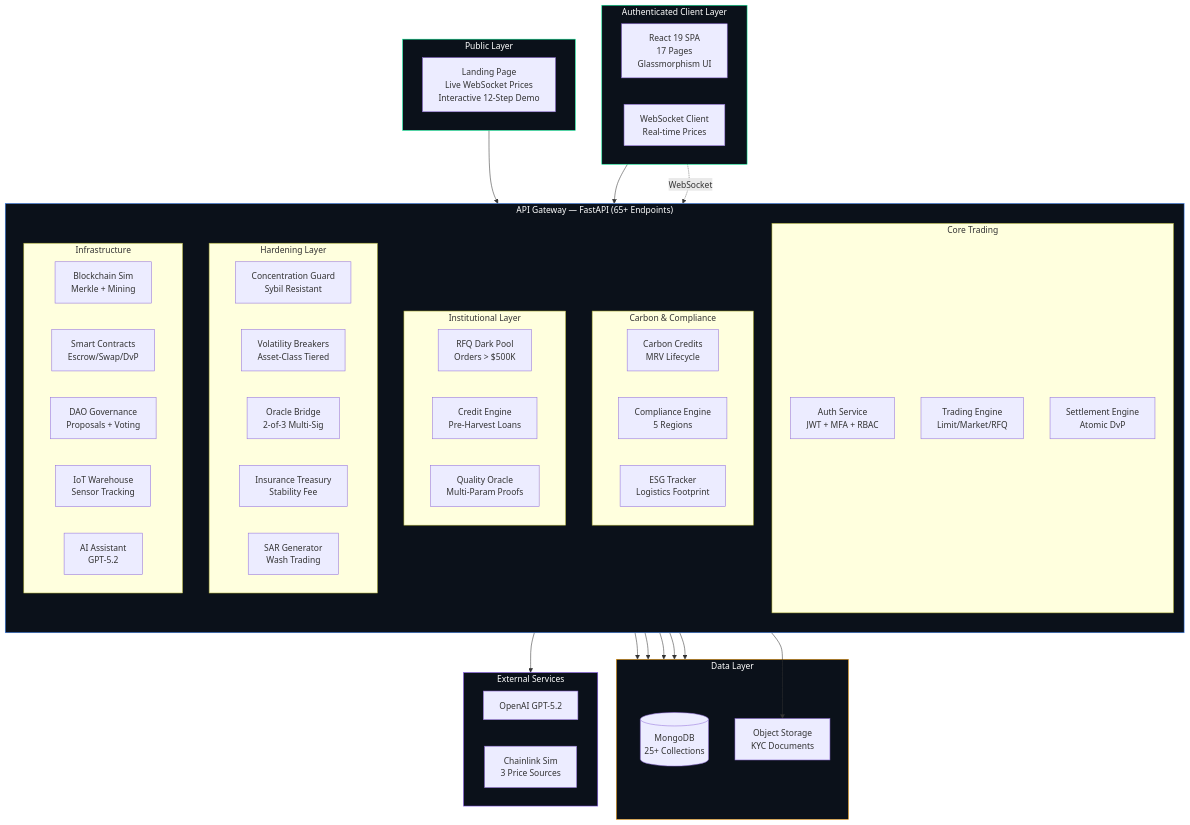
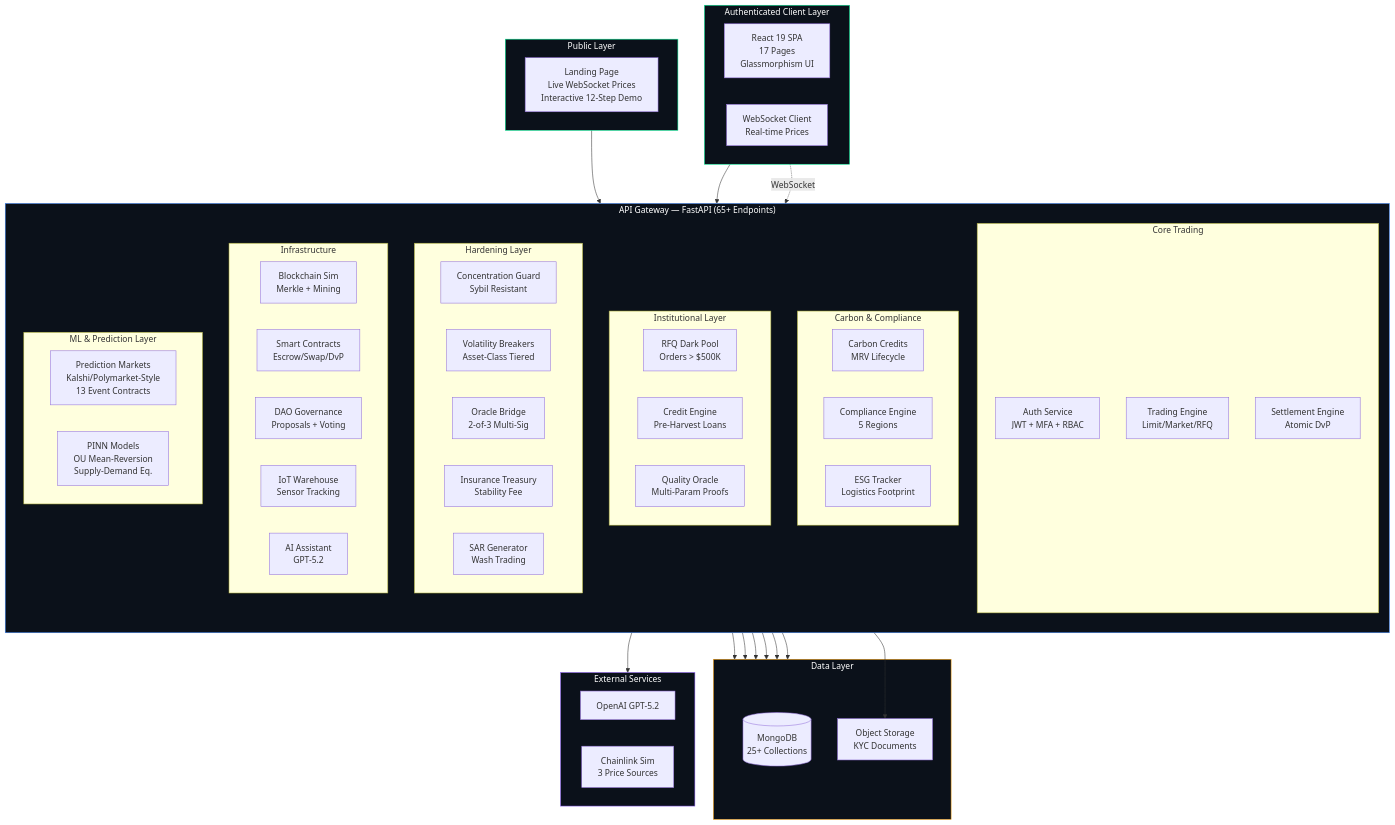
Before and after one commit to jai2033shankar/FutureExchange: the first of 6 diagrams in README.md, drawn with Mermaid. The commit also changed other lines of this file and 4 other files, not shown here.

````diff
--- a/README.md
+++ b/README.md
@@ -97,74 +97,79 @@
 ```mermaid
 graph TB
     subgraph PUBLIC["Public Layer"]
         LANDING["Landing Page<br/>Live WebSocket Prices<br/>Interactive 12-Step Demo"]
     end
 
     subgraph CLIENT["Authenticated Client Layer"]
         direction LR
         WEB["React 19 SPA<br/>17 Pages<br/>Glassmorphism UI"]
         WS["WebSocket Client<br/>Real-time Prices"]
     end
 
     subgraph GATEWAY["API Gateway — FastAPI (65+ Endpoints)"]
         direction TB
         subgraph CORE["Core Trading"]
             AUTH["Auth Service<br/>JWT + MFA + RBAC"]
             TRADE["Trading Engine<br/>Limit/Market/RFQ"]
             SETTLE["Settlement Engine<br/>Atomic DvP"]
         end
         subgraph CARBON_MOD["Carbon & Compliance"]
             CARBON["Carbon Credits<br/>MRV Lifecycle"]
             COMPLY["Compliance Engine<br/>5 Regions"]
             ESG_MOD["ESG Tracker<br/>Logistics Footprint"]
         end
         subgraph INSTITUTIONAL["Institutional Layer"]
             RFQ["RFQ Dark Pool<br/>Orders > $500K"]
             CREDIT["Credit Engine<br/>Pre-Harvest Loans"]
             QUALITY["Quality Oracle<br/>Multi-Param Proofs"]
         end
         subgraph HARDENING["Hardening Layer"]
             GUARD["Concentration Guard<br/>Sybil Resistant"]
             BREAKER["Volatility Breakers<br/>Asset-Class Tiered"]
             ORACLE["Oracle Bridge<br/>2-of-3 Multi-Sig"]
             INSURANCE["Insurance Treasury<br/>Stability Fee"]
             SAR["SAR Generator<br/>Wash Trading"]
         end
         subgraph INFRA["Infrastructure"]
             CHAIN["Blockchain Sim<br/>Merkle + Mining"]
             CONTRACTS["Smart Contracts<br/>Escrow/Swap/DvP"]
             DAO["DAO Governance<br/>Proposals + Voting"]
             IOT["IoT Warehouse<br/>Sensor Tracking"]
             AI["AI Assistant<br/>GPT-5.2"]
         end
+        subgraph ML["ML & Prediction Layer"]
+            PRED["Prediction Markets<br/>Kalshi/Polymarket-Style<br/>13 Event Contracts"]
+            PINN["PINN Models<br/>OU Mean-Reversion<br/>Supply-Demand Eq."]
+        end
     end
 
     subgraph DATA["Data Layer"]
         MONGO[("MongoDB<br/>25+ Collections")]
         OBJSTORE["Object Storage<br/>KYC Documents"]
     end
 
     subgraph EXTERNAL["External Services"]
         OPENAI["OpenAI GPT-5.2"]
         CHAINLINK["Chainlink Sim<br/>3 Price Sources"]
     end
 
     PUBLIC --> GATEWAY
     CLIENT --> GATEWAY
     WS -.->|WebSocket| GATEWAY
 
     CORE --> DATA
     CARBON_MOD --> DATA
     INSTITUTIONAL --> DATA
     HARDENING --> DATA
     INFRA --> DATA
     INFRA --> EXTERNAL
+    ML --> DATA
 
     AUTH --> OBJSTORE
 
     style PUBLIC fill:#0B111A,stroke:#00F298,color:#fff
     style CLIENT fill:#0B111A,stroke:#00F298,color:#fff
     style GATEWAY fill:#0B111A,stroke:#3B82F6,color:#fff
     style DATA fill:#0B111A,stroke:#F59E0B,color:#fff
     style EXTERNAL fill:#0B111A,stroke:#8B5CF6,color:#fff
 ```
````
